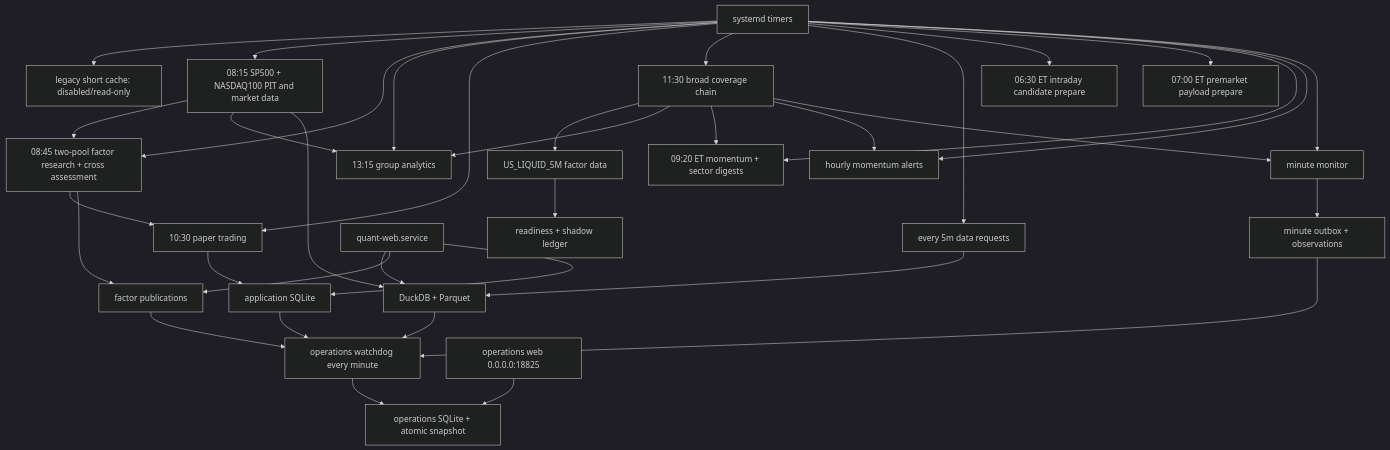
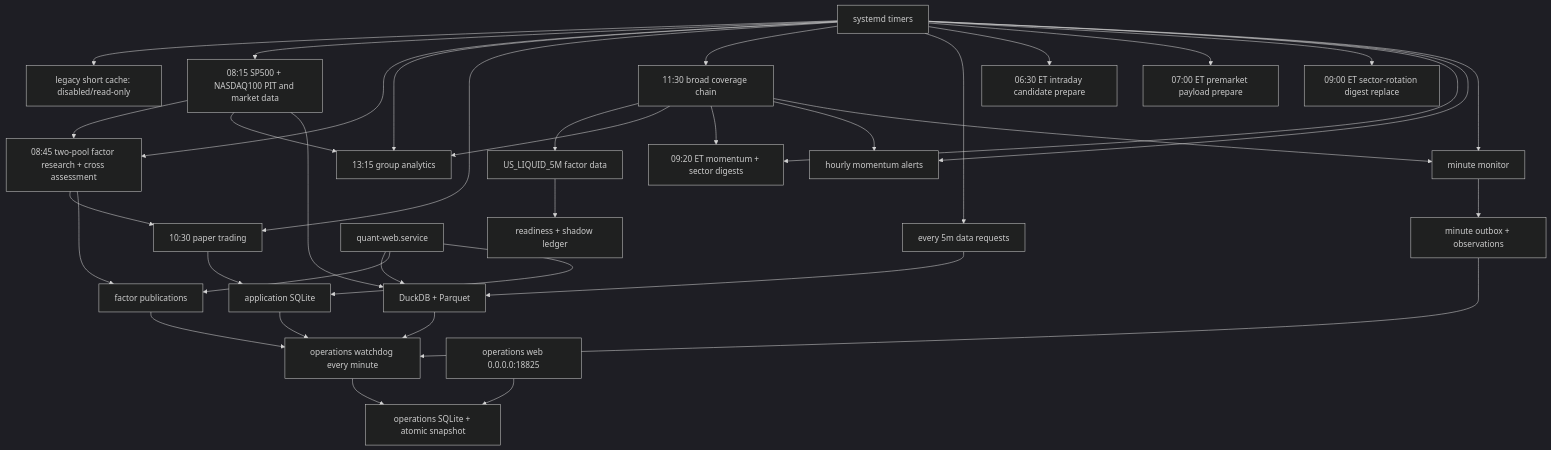
The diagram in docs/sg_operations_overview.md (Clno1/quant-factor-framework), drawn with Mermaid (dark theme) before and after one commit. The commit also changed other lines of this file and 20 other files, not shown here.

First line of the commit message:
fix: replace sector digest after linkage and isolate failed checks

````diff
--- a/docs/sg_operations_overview.md
+++ b/docs/sg_operations_overview.md
@@ -20,39 +20,40 @@
 ```mermaid
 flowchart TD
     TIMER["systemd timers"] --> LEGACY["legacy short cache: disabled/read-only"]
     TIMER --> MARKET["08:15 SP500 + NASDAQ100 PIT and market data"]
     TIMER --> FACTOR["08:45 two-pool factor research + cross assessment"]
     TIMER --> GROUP["13:15 group analytics"]
     TIMER --> PAPER["10:30 paper trading"]
     TIMER --> BROAD["11:30 broad coverage chain"]
     TIMER --> REQUEST["every 5m data requests"]
     TIMER --> CANDIDATES["06:30 ET intraday candidate prepare"]
     TIMER --> PREPARE["07:00 ET premarket payload prepare"]
+    TIMER --> SECTORPREP["09:00 ET sector-rotation digest replace"]
     TIMER --> PREMARKET["09:20 ET momentum + sector digests"]
     TIMER --> HOURLY["hourly momentum alerts"]
     TIMER --> INTRADAY["minute monitor"]
 
     MARKET --> FACTOR
     MARKET --> GROUP
     FACTOR --> PAPER
     REQUEST --> LAKE["DuckDB + Parquet"]
     MARKET --> LAKE
     FACTOR --> OUTPUT["factor publications"]
     BROAD --> BROAD_FACTOR["US_LIQUID_5M factor data"]
     BROAD --> GROUP
     BROAD --> PREMARKET
     BROAD --> HOURLY
     BROAD --> INTRADAY
     BROAD_FACTOR --> BROAD_CHECK["readiness + shadow ledger"]
     PAPER --> SQLITE["application SQLite"]
     WEB["quant-web.service"] --> LAKE
     WEB --> OUTPUT
     WEB --> SQLITE
     INTRADAY --> MOMENTUM_SQLITE["minute outbox + observations"]
     WATCHDOG["operations watchdog every minute"] --> OPSDB["operations SQLite + atomic snapshot"]
     LAKE --> WATCHDOG
     OUTPUT --> WATCHDOG
     SQLITE --> WATCHDOG
     MOMENTUM_SQLITE --> WATCHDOG
     OPSWEB["operations web 0.0.0.0:18825"] --> OPSDB
 ```
````
